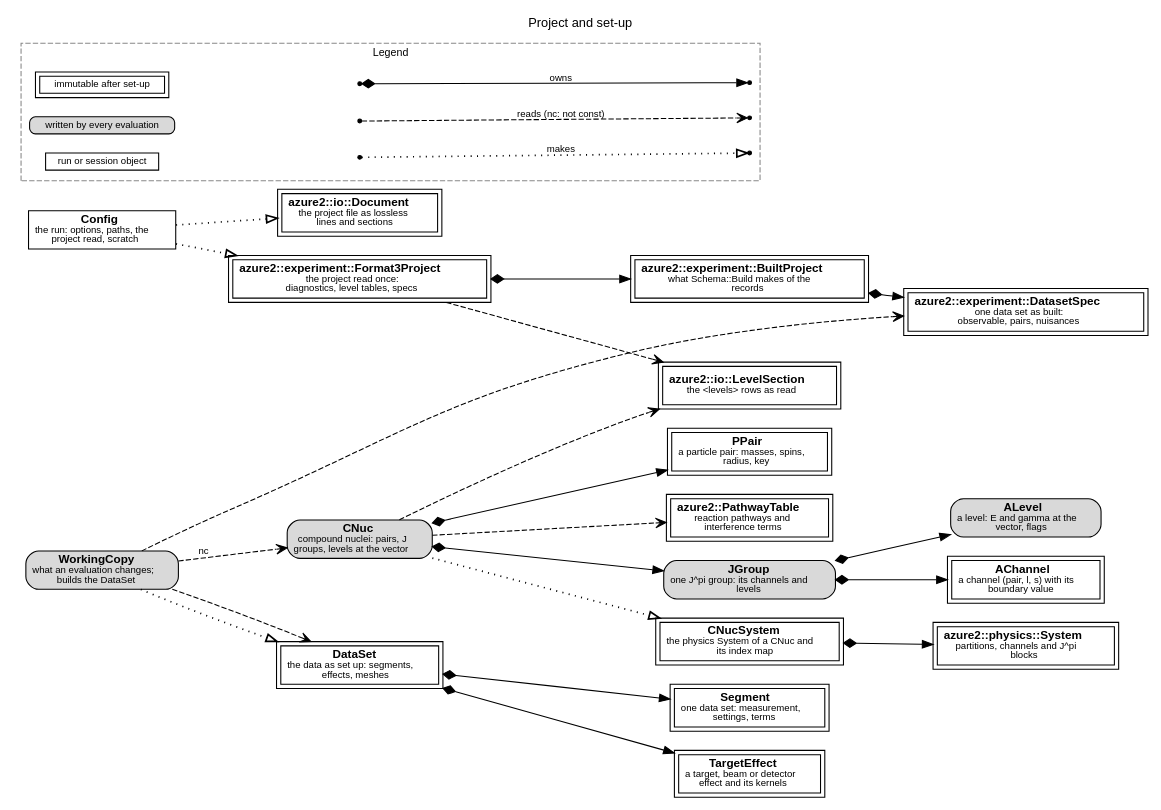
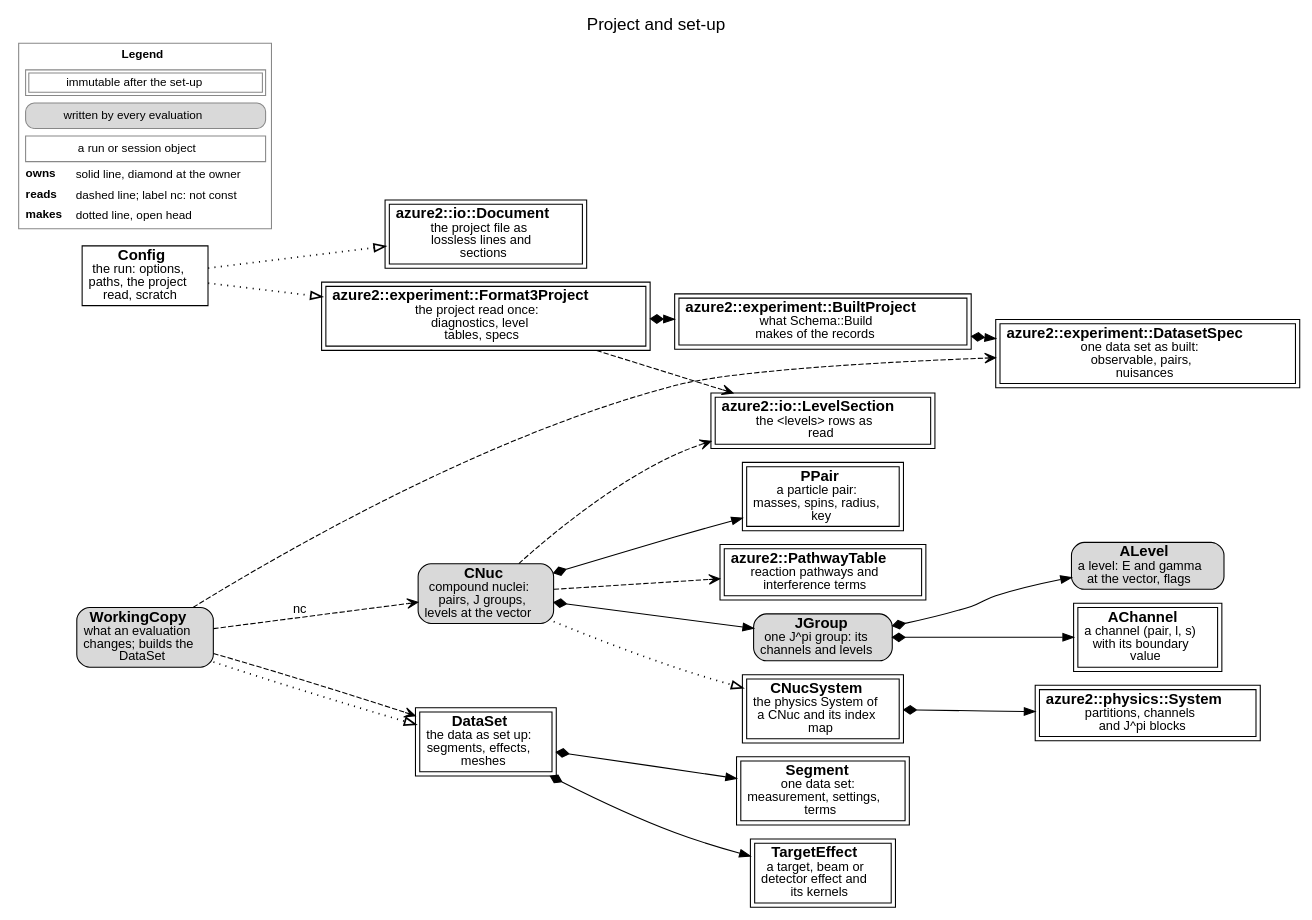
One commit to AZURE2DEV/AZURE2 changed the diagram in docs/source/developer/figures/setup.dot. Above: the diagram before and after it, drawn with Graphviz. The commit also changed 11 other files, not shown here.

```diff
--- a/docs/source/developer/figures/setup.dot
+++ b/docs/source/developer/figures/setup.dot
@@ -1,56 +1,43 @@
 digraph setup {
-  graph [rankdir=LR, fontname="Helvetica", fontsize=12, labelloc=t, label="Project and set-up", nodesep=0.25, ranksep=0.45, newrank=true];
-  node [fontname="Helvetica", fontsize=11, margin="0.08,0.04"];
-  edge [fontname="Helvetica", fontsize=9];
-  n_azure2__io__Document [label=<<b>azure2::io::Document</b><br/><font point-size="9">the project file as lossless<br/>lines and sections</font>>, shape=box, peripheries=2, style="filled", fillcolor="white"];
-  n_azure2__io__LevelSection [label=<<b>azure2::io::LevelSection</b><br/><font point-size="9">the &lt;levels&gt; rows as read</font>>, shape=box, peripheries=2, style="filled", fillcolor="white"];
-  n_azure2__experiment__Format3Project [label=<<b>azure2::experiment::Format3Project</b><br/><font point-size="9">the project read once:<br/>diagnostics, level tables, specs</font>>, shape=box, peripheries=2, style="filled", fillcolor="white"];
-  n_azure2__experiment__BuiltProject [label=<<b>azure2::experiment::BuiltProject</b><br/><font point-size="9">what Schema::Build makes of the<br/>records</font>>, shape=box, peripheries=2, style="filled", fillcolor="white"];
-  n_azure2__experiment__DatasetSpec [label=<<b>azure2::experiment::DatasetSpec</b><br/><font point-size="9">one data set as built:<br/>observable, pairs, nuisances</font>>, shape=box, peripheries=2, style="filled", fillcolor="white"];
-  n_Config [label=<<b>Config</b><br/><font point-size="9">the run: options, paths, the<br/>project read, scratch</font>>, shape=box, style="filled", fillcolor="white"];
-  n_CNuc [label=<<b>CNuc</b><br/><font point-size="9">compound nuclei: pairs, J<br/>groups, levels at the vector</font>>, shape=box, style="rounded,filled", fillcolor="#d9d9d9"];
-  n_PPair [label=<<b>PPair</b><br/><font point-size="9">a particle pair: masses, spins,<br/>radius, key</font>>, shape=box, peripheries=2, style="filled", fillcolor="white"];
-  n_JGroup [label=<<b>JGroup</b><br/><font point-size="9">one J^pi group: its channels and<br/>levels</font>>, shape=box, style="rounded,filled", fillcolor="#d9d9d9"];
-  n_AChannel [label=<<b>AChannel</b><br/><font point-size="9">a channel (pair, l, s) with its<br/>boundary value</font>>, shape=box, peripheries=2, style="filled", fillcolor="white"];
-  n_ALevel [label=<<b>ALevel</b><br/><font point-size="9">a level: E and gamma at the<br/>vector, flags</font>>, shape=box, style="rounded,filled", fillcolor="#d9d9d9"];
-  n_CNucSystem [label=<<b>CNucSystem</b><br/><font point-size="9">the physics System of a CNuc and<br/>its index map</font>>, shape=box, peripheries=2, style="filled", fillcolor="white"];
-  n_azure2__physics__System [label=<<b>azure2::physics::System</b><br/><font point-size="9">partitions, channels and J^pi<br/>blocks</font>>, shape=box, peripheries=2, style="filled", fillcolor="white"];
-  n_azure2__PathwayTable [label=<<b>azure2::PathwayTable</b><br/><font point-size="9">reaction pathways and<br/>interference terms</font>>, shape=box, peripheries=2, style="filled", fillcolor="white"];
-  n_DataSet [label=<<b>DataSet</b><br/><font point-size="9">the data as set up: segments,<br/>effects, meshes</font>>, shape=box, peripheries=2, style="filled", fillcolor="white"];
-  n_Segment [label=<<b>Segment</b><br/><font point-size="9">one data set: measurement,<br/>settings, terms</font>>, shape=box, peripheries=2, style="filled", fillcolor="white"];
-  n_TargetEffect [label=<<b>TargetEffect</b><br/><font point-size="9">a target, beam or detector<br/>effect and its kernels</font>>, shape=box, peripheries=2, style="filled", fillcolor="white"];
-  n_WorkingCopy [label=<<b>WorkingCopy</b><br/><font point-size="9">what an evaluation changes;<br/>builds the DataSet</font>>, shape=box, style="rounded,filled", fillcolor="#d9d9d9"];
+  graph [rankdir=LR, fontname="Helvetica", fontsize=16, labelloc=t, label="Project and set-up", nodesep=0.18, ranksep=0.3, newrank=true];
+  node [fontname="Helvetica", fontsize=14, margin="0.08,0.04"];
+  edge [fontname="Helvetica", fontsize=12];
+  n_azure2__io__Document [label=<<b>azure2::io::Document</b><br/><font point-size="12">the project file as<br/>lossless lines and<br/>sections</font>>, shape=box, peripheries=2, style="filled", fillcolor="white"];
+  n_azure2__io__LevelSection [label=<<b>azure2::io::LevelSection</b><br/><font point-size="12">the &lt;levels&gt; rows as<br/>read</font>>, shape=box, peripheries=2, style="filled", fillcolor="white"];
+  n_azure2__experiment__Format3Project [label=<<b>azure2::experiment::Format3Project</b><br/><font point-size="12">the project read once:<br/>diagnostics, level<br/>tables, specs</font>>, shape=box, peripheries=2, style="filled", fillcolor="white"];
+  n_azure2__experiment__BuiltProject [label=<<b>azure2::experiment::BuiltProject</b><br/><font point-size="12">what Schema::Build<br/>makes of the records</font>>, shape=box, peripheries=2, style="filled", fillcolor="white"];
+  n_azure2__experiment__DatasetSpec [label=<<b>azure2::experiment::DatasetSpec</b><br/><font point-size="12">one data set as built:<br/>observable, pairs,<br/>nuisances</font>>, shape=box, peripheries=2, style="filled", fillcolor="white"];
+  n_Config [label=<<b>Config</b><br/><font point-size="12">the run: options,<br/>paths, the project<br/>read, scratch</font>>, shape=box, style="filled", fillcolor="white"];
+  n_CNuc [label=<<b>CNuc</b><br/><font point-size="12">compound nuclei:<br/>pairs, J groups,<br/>levels at the vector</font>>, shape=box, style="rounded,filled", fillcolor="#d9d9d9"];
+  n_PPair [label=<<b>PPair</b><br/><font point-size="12">a particle pair:<br/>masses, spins, radius,<br/>key</font>>, shape=box, peripheries=2, style="filled", fillcolor="white"];
+  n_JGroup [label=<<b>JGroup</b><br/><font point-size="12">one J^pi group: its<br/>channels and levels</font>>, shape=box, style="rounded,filled", fillcolor="#d9d9d9"];
+  n_AChannel [label=<<b>AChannel</b><br/><font point-size="12">a channel (pair, l, s)<br/>with its boundary<br/>value</font>>, shape=box, peripheries=2, style="filled", fillcolor="white"];
+  n_ALevel [label=<<b>ALevel</b><br/><font point-size="12">a level: E and gamma<br/>at the vector, flags</font>>, shape=box, style="rounded,filled", fillcolor="#d9d9d9"];
+  n_CNucSystem [label=<<b>CNucSystem</b><br/><font point-size="12">the physics System of<br/>a CNuc and its index<br/>map</font>>, shape=box, peripheries=2, style="filled", fillcolor="white"];
+  n_azure2__physics__System [label=<<b>azure2::physics::System</b><br/><font point-size="12">partitions, channels<br/>and J^pi blocks</font>>, shape=box, peripheries=2, style="filled", fillcolor="white"];
+  n_azure2__PathwayTable [label=<<b>azure2::PathwayTable</b><br/><font point-size="12">reaction pathways and<br/>interference terms</font>>, shape=box, peripheries=2, style="filled", fillcolor="white"];
+  n_DataSet [label=<<b>DataSet</b><br/><font point-size="12">the data as set up:<br/>segments, effects,<br/>meshes</font>>, shape=box, peripheries=2, style="filled", fillcolor="white"];
+  n_Segment [label=<<b>Segment</b><br/><font point-size="12">one data set:<br/>measurement, settings,<br/>terms</font>>, shape=box, peripheries=2, style="filled", fillcolor="white"];
+  n_TargetEffect [label=<<b>TargetEffect</b><br/><font point-size="12">a target, beam or<br/>detector effect and<br/>its kernels</font>>, shape=box, peripheries=2, style="filled", fillcolor="white"];
+  n_WorkingCopy [label=<<b>WorkingCopy</b><br/><font point-size="12">what an evaluation<br/>changes; builds the<br/>DataSet</font>>, shape=box, style="rounded,filled", fillcolor="#d9d9d9"];
   n_Config -> n_azure2__io__Document [style=dotted, penwidth=1.6, arrowhead=empty];
   n_Config -> n_azure2__experiment__Format3Project [style=dotted, penwidth=1.6, arrowhead=empty];
   n_azure2__experiment__Format3Project -> n_azure2__io__LevelSection [style=dashed, arrowhead=vee];
   n_azure2__experiment__Format3Project -> n_azure2__experiment__BuiltProject [style=solid, dir=both, arrowtail=diamond, arrowhead=normal];
   n_azure2__experiment__BuiltProject -> n_azure2__experiment__DatasetSpec [style=solid, dir=both, arrowtail=diamond, arrowhead=normal];
   n_CNuc -> n_azure2__io__LevelSection [style=dashed, arrowhead=vee];
   n_CNuc -> n_PPair [style=solid, dir=both, arrowtail=diamond, arrowhead=normal];
   n_CNuc -> n_JGroup [style=solid, dir=both, arrowtail=diamond, arrowhead=normal];
   n_JGroup -> n_AChannel [style=solid, dir=both, arrowtail=diamond, arrowhead=normal];
   n_JGroup -> n_ALevel [style=solid, dir=both, arrowtail=diamond, arrowhead=normal];
   n_CNuc -> n_CNucSystem [style=dotted, penwidth=1.6, arrowhead=empty];
   n_CNucSystem -> n_azure2__physics__System [style=solid, dir=both, arrowtail=diamond, arrowhead=normal];
   n_CNuc -> n_azure2__PathwayTable [style=dashed, arrowhead=vee];
   n_WorkingCopy -> n_azure2__experiment__DatasetSpec [style=dashed, arrowhead=vee];
   n_WorkingCopy -> n_CNuc [style=dashed, arrowhead=vee, label=" nc"];
   n_WorkingCopy -> n_DataSet [style=dotted, penwidth=1.6, arrowhead=empty];
   n_WorkingCopy -> n_DataSet [style=dashed, arrowhead=vee];
   n_DataSet -> n_Segment [style=solid, dir=both, arrowtail=diamond, arrowhead=normal];
   n_DataSet -> n_TargetEffect [style=solid, dir=both, arrowtail=diamond, arrowhead=normal];
-  subgraph cluster_legend {
-    label="Legend"; fontsize=10; style=dashed; color="#888888";
-    node [fontname="Helvetica", fontsize=9, width=0.2, height=0.2];
-    l_imm [label="immutable after set-up", shape=box, peripheries=2, style="filled", fillcolor="white"];
-    l_ev [label="written by every evaluation", shape=box, style="rounded,filled", fillcolor="#d9d9d9"];
-    l_run [label="run or session object", shape=box, style="filled", fillcolor="white"];
-    l1 [shape=point, width=0.05]; l2 [shape=point, width=0.05]; l3 [shape=point, width=0.05];
-    l4 [shape=point, width=0.05]; l5 [shape=point, width=0.05]; l6 [shape=point, width=0.05];
-    l1 -> l2 [style=solid, dir=both, arrowtail=diamond, arrowhead=normal, label=" owns", fontsize=9, fontname="Helvetica"];
-    l3 -> l4 [style=dashed, arrowhead=vee, label=" reads (nc: not const)", fontsize=9, fontname="Helvetica"];
-    l5 -> l6 [style=dotted, penwidth=1.6, arrowhead=empty, label=" makes", fontsize=9, fontname="Helvetica"];
-    {rank=same; l_imm; l_ev; l_run;}
-    l_imm -> l1 [style=invis]; l_ev -> l3 [style=invis]; l_run -> l5 [style=invis];
-  }
+  legend [shape=plaintext, fontsize=11, label=<<TABLE BORDER="1" CELLBORDER="0" CELLSPACING="3" COLOR="#888888"><TR><TD COLSPAN="2"><B>Legend</B></TD></TR><TR><TD COLSPAN="2"><TABLE BORDER="1" CELLBORDER="1" CELLSPACING="2" CELLPADDING="2"><TR><TD>immutable after the set-up</TD></TR></TABLE></TD></TR><TR><TD COLSPAN="2"><TABLE BORDER="1" CELLBORDER="0" CELLPADDING="3" STYLE="rounded" BGCOLOR="#d9d9d9"><TR><TD>written by every evaluation</TD></TR></TABLE></TD></TR><TR><TD COLSPAN="2"><TABLE BORDER="1" CELLBORDER="0" CELLPADDING="3" ><TR><TD>a run or session object</TD></TR></TABLE></TD></TR><TR><TD ALIGN="LEFT"><B>owns</B></TD><TD ALIGN="LEFT">solid line, diamond at the owner</TD></TR><TR><TD ALIGN="LEFT"><B>reads</B></TD><TD ALIGN="LEFT">dashed line; label nc: not const</TD></TR><TR><TD ALIGN="LEFT"><B>makes</B></TD><TD ALIGN="LEFT">dotted line, open head</TD></TR></TABLE>>];
 }
```
